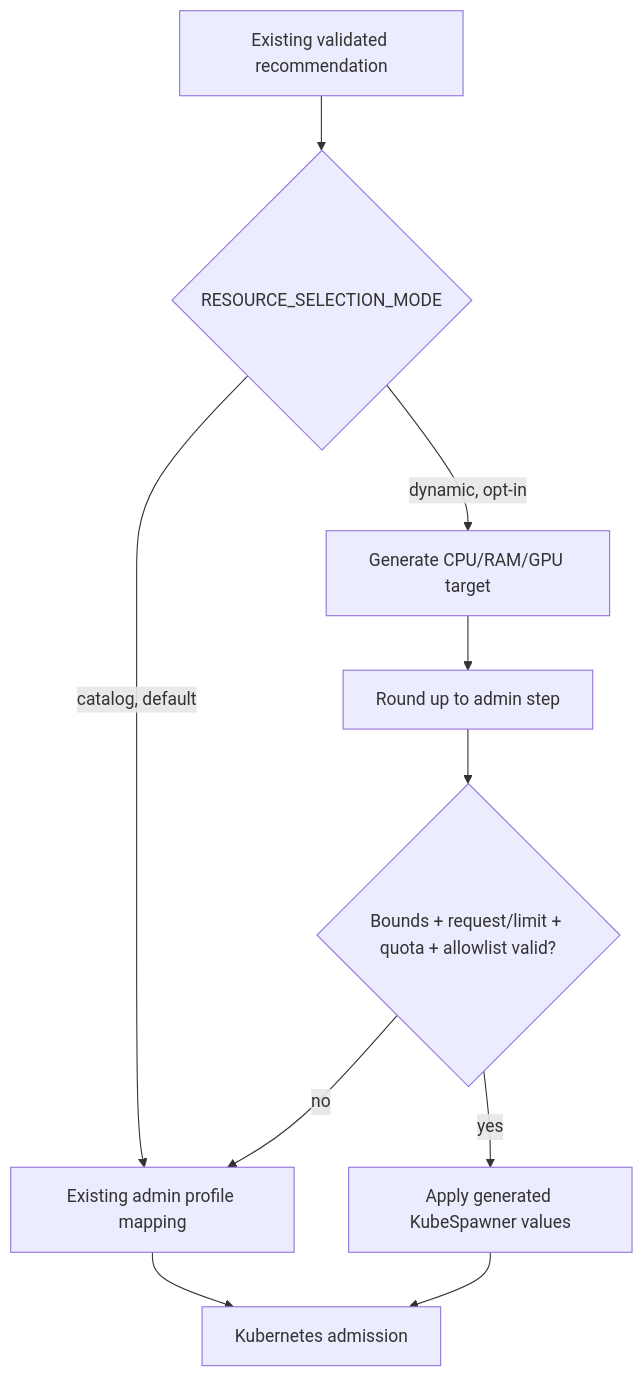
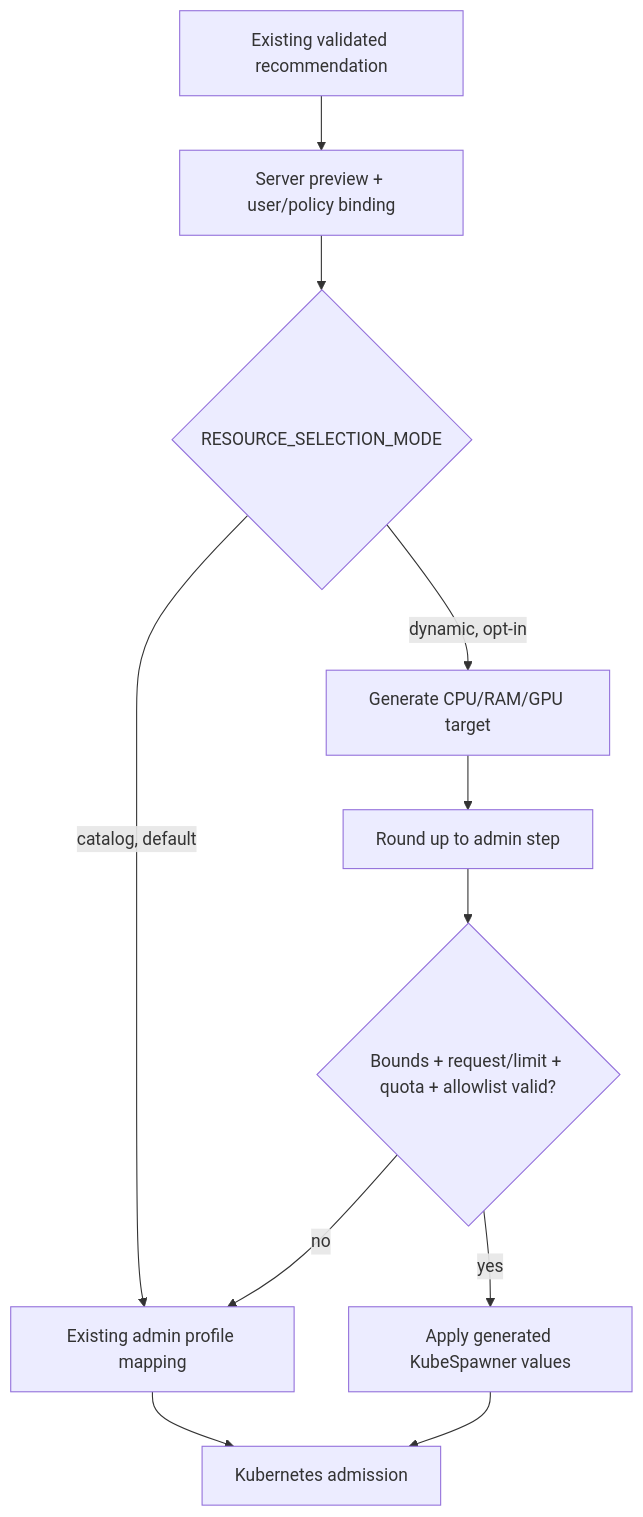
The diagram in docs/DYNAMIC_PROFILE_GENERATION.md (mthang1201/intent-spawner), drawn with Mermaid before and after one commit. The commit also changed other lines of this file and 7 other files, not shown here.

Commit message:
fix: bind dynamic previews to policy and user

````diff
--- a/docs/DYNAMIC_PROFILE_GENERATION.md
+++ b/docs/DYNAMIC_PROFILE_GENERATION.md
@@ -32,12 +33,13 @@
 ```mermaid
 flowchart TD
-    Recommendation["Existing validated recommendation"] --> Mode{"RESOURCE_SELECTION_MODE"}
+    Recommendation["Existing validated recommendation"] --> Preview["Server preview + user/policy binding"]
+    Preview --> Mode{"RESOURCE_SELECTION_MODE"}
     Mode -->|catalog, default| Catalog["Existing admin profile mapping"]
     Mode -->|dynamic, opt-in| Generate["Generate CPU/RAM/GPU target"]
     Generate --> Bounds["Round up to admin step"]
     Bounds --> Validate{"Bounds + request/limit + quota + allowlist valid?"}
     Validate -->|yes| Dynamic["Apply generated KubeSpawner values"]
     Validate -->|no| Catalog
     Catalog --> Admission["Kubernetes admission"]
     Dynamic --> Admission
 ```
````
